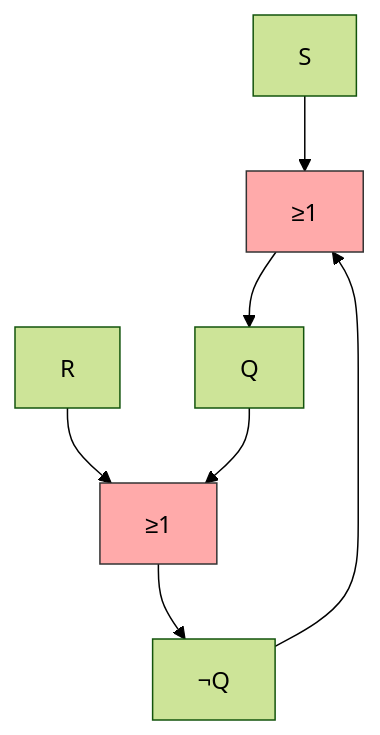
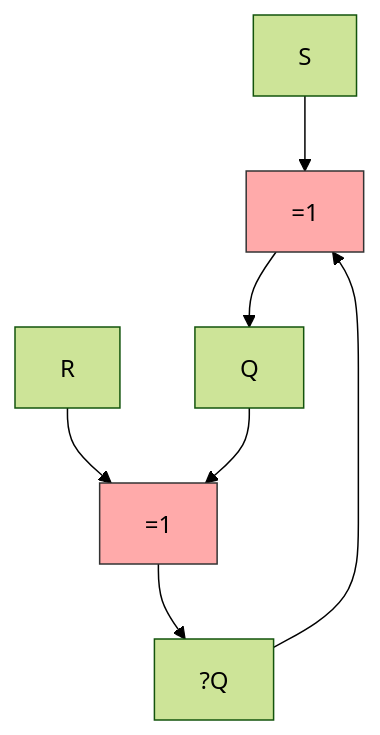
Before and after one commit to Raushan666java/ai-engineering-journey: the second of 9 diagrams in docs/courses/digital-logic/06-sequential-circuits.md, drawn with Mermaid (forest theme). The commit also changed other lines of this file and 790 other files, not shown here.

Commit message:
Sync all course diagram renders and content updates

````diff
--- a/docs/courses/digital-logic/06-sequential-circuits.md
+++ b/docs/courses/digital-logic/06-sequential-circuits.md
@@ -55,11 +55,11 @@
 ```mermaid
 graph TD
-    S[S] --> NOR1[≥1]
-    R[R] --> NOR2[≥1]
+    S[S] --> NOR1[=1]
+    R[R] --> NOR2[=1]
     NOR1 --> Q[Q]
-    NOR2 --> Qn[¬Q]
+    NOR2 --> Qn[?Q]
     Qn --> NOR1
     Q --> NOR2
     style NOR1 fill:#faa,stroke:#333,stroke-width:1px
     style NOR2 fill:#faa,stroke:#333,stroke-width:1px
 ```
````
